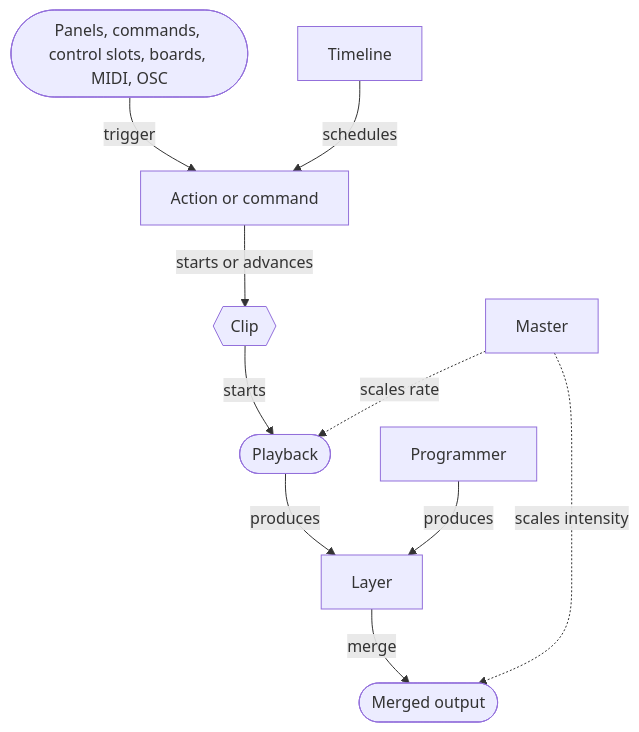
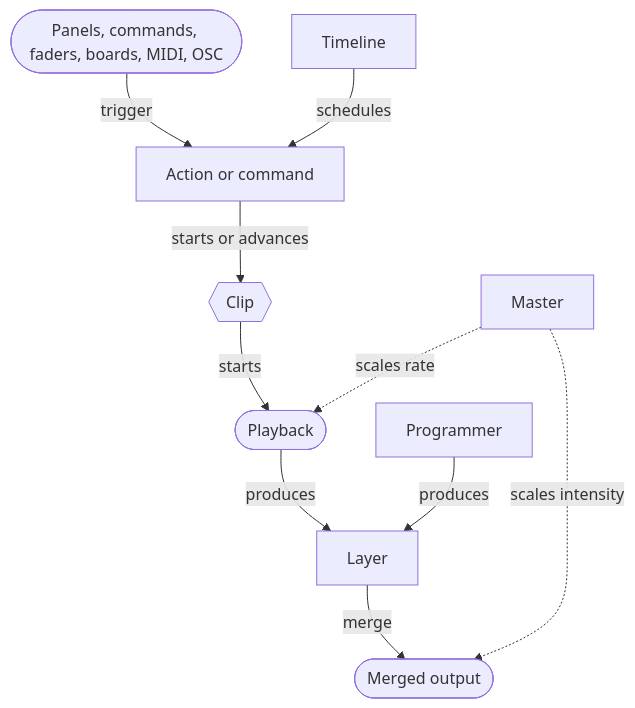
One commit to stewartadam/nightfall-lightdesk changed the third of 3 diagrams in docs/internal/src/concepts/concept-map.md. Above: the diagram before and after it, drawn with Mermaid. The commit also changed other lines of this file and 85 other files, not shown here.

First line of the commit message:
refactor(engine:desk): rename control slots to faders

````diff
--- a/docs/internal/src/concepts/concept-map.md
+++ b/docs/internal/src/concepts/concept-map.md
@@ -68,14 +68,14 @@
 ```mermaid
 flowchart TB
   accTitle: Controls and playback
-  accDescr: Panels, control slots, boards, MIDI and OSC mappings, and timelines trigger actions or commands on a clip. The clip starts a playback, which produces a layer. Layers merge into the output. Masters scale the rate of playbacks or the intensity of the merged output.
-  input([Panels, commands, control slots, boards, MIDI, OSC]) -- trigger --> action[Action or command]
+  accDescr: Panels, faders, boards, MIDI and OSC mappings, and timelines trigger actions or commands on a clip. The clip starts a playback, which produces a layer. Layers merge into the output. Masters scale the rate of playbacks or the intensity of the merged output.
+  input([Panels, commands, faders, boards, MIDI, OSC]) -- trigger --> action[Action or command]
   timeline[Timeline] -- schedules --> action
   action -- starts or advances --> clip{{Clip}}
   clip -- starts --> playback([Playback])
   playback -- produces --> layer[Layer]
   programmer[Programmer] -- produces --> layer
   layer -- merge --> output([Merged output])
   master[Master] -. scales rate .-> playback
   master -. scales intensity .-> output
 ```
````
